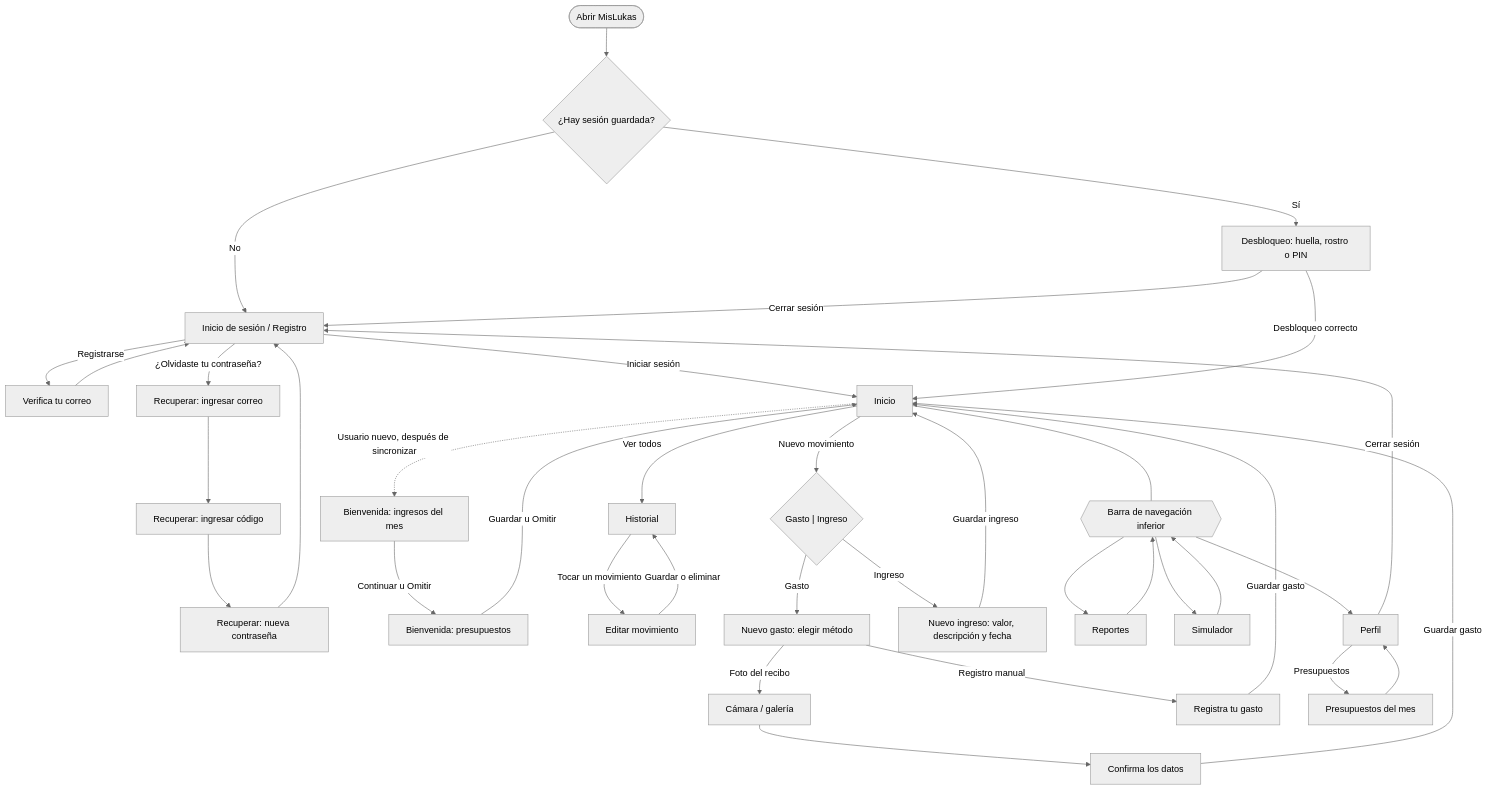
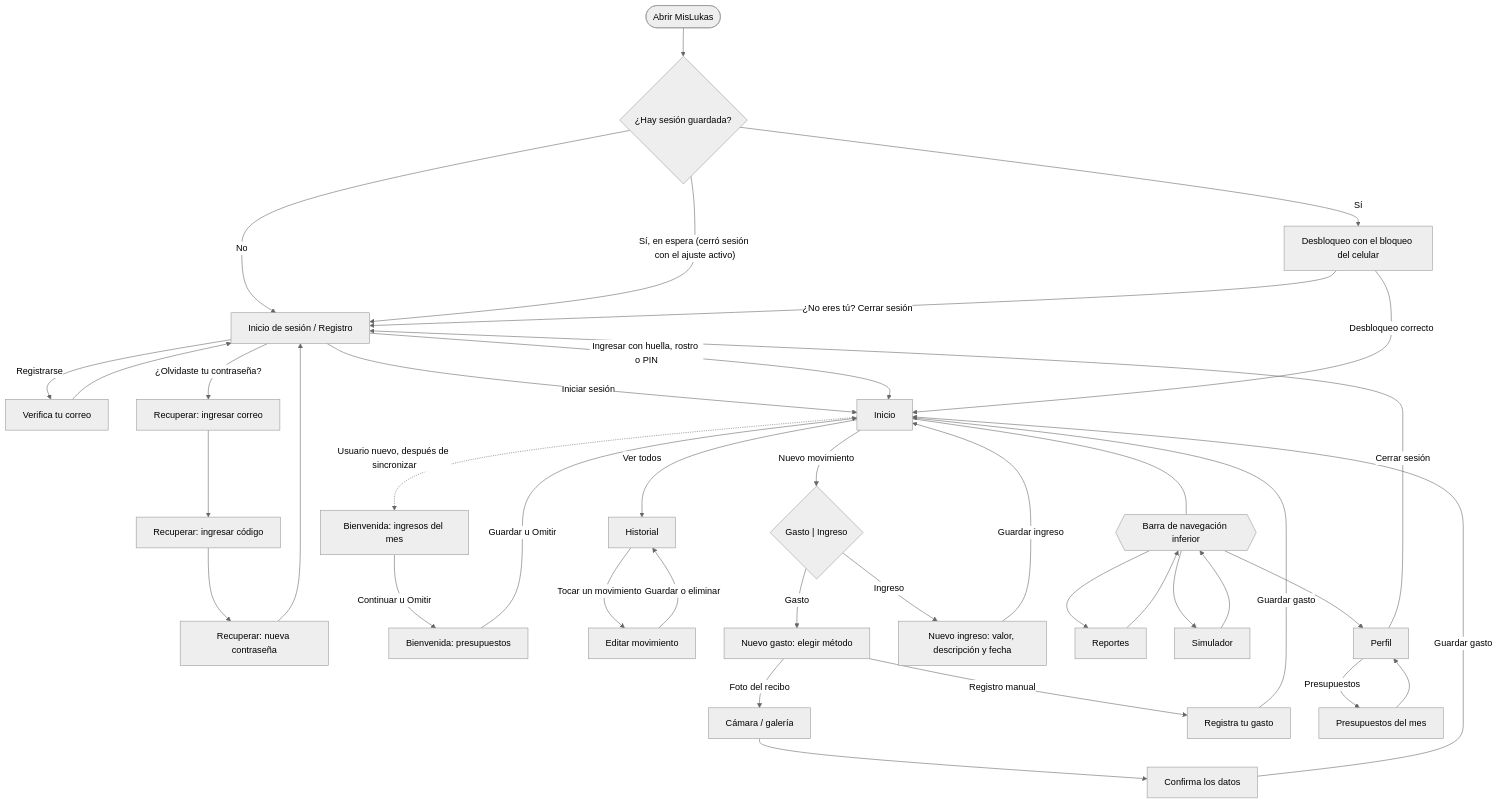
One commit to Aryeisor/MisLukas changed the diagram in docs/05-diseno-ui.md. Above: the diagram before and after it, drawn with Mermaid (neutral theme). The commit also changed other lines of this file and 63 other files, not shown here.

Commit message:
feat(fase-6c): ingreso y bloqueo con huella, rostro o PIN del celular

````diff
--- a/docs/05-diseno-ui.md
+++ b/docs/05-diseno-ui.md
@@ -28,39 +28,41 @@
 ```mermaid
 flowchart TD
     A(["Abrir MisLukas"]) --> B{"¿Hay sesión guardada?"}
     B -- "No" --> C["Inicio de sesión / Registro"]
-    B -- "Sí" --> D["Desbloqueo: huella, rostro o PIN"]
+    B -- "Sí" --> D["Desbloqueo con el bloqueo del celular"]
+    B -- "Sí, en espera (cerró sesión con el ajuste activo)" --> C
     C -- "Registrarse" --> C2["Verifica tu correo"]
     C2 --> C
     C -- "¿Olvidaste tu contraseña?" --> R1["Recuperar: ingresar correo"]
     R1 --> R2["Recuperar: ingresar código"]
     R2 --> R3["Recuperar: nueva contraseña"]
     R3 --> C
     C -- "Iniciar sesión" --> E["Inicio"]
+    C -- "Ingresar con huella, rostro o PIN" --> E
     D -- "Desbloqueo correcto" --> E
-    D -- "Cerrar sesión" --> C
+    D -- "¿No eres tú? Cerrar sesión" --> C
     E -. "Usuario nuevo, después de sincronizar" .-> W1["Bienvenida: ingresos del mes"]
     W1 -- "Continuar u Omitir" --> W2["Bienvenida: presupuestos"]
     W2 -- "Guardar u Omitir" --> E
     E -- "Ver todos" --> HI["Historial"]
     HI -- "Tocar un movimiento" --> ED["Editar movimiento"]
     ED -- "Guardar o eliminar" --> HI
     E -- "Nuevo movimiento" --> F0{"Gasto | Ingreso"}
     F0 -- "Gasto" --> F["Nuevo gasto: elegir método"]
     F0 -- "Ingreso" --> F2["Nuevo ingreso: valor, descripción y fecha"]
     F2 -- "Guardar ingreso" --> E
     F -- "Foto del recibo" --> G["Cámara / galería"]
     G --> H["Confirma los datos"]
     F -- "Registro manual" --> H2["Registra tu gasto"]
     H -- "Guardar gasto" --> E
     H2 -- "Guardar gasto" --> E
     E --- N{{"Barra de navegación inferior"}}
     N --> I["Reportes"]
     N --> J["Simulador"]
     N --> K["Perfil"]
     I --> N
     J --> N
     K -- "Cerrar sesión" --> C
     K -- "Presupuestos" --> PR["Presupuestos del mes"]
     PR --> K
 ```
````
